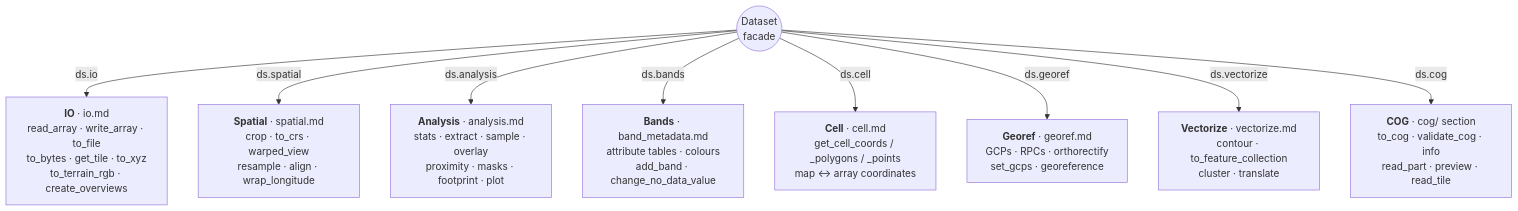
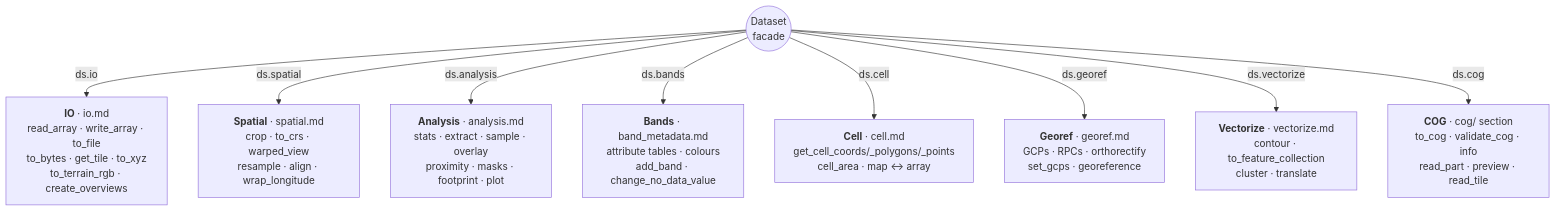
One commit to serapeum-org/pyramids changed the second of 4 diagrams in docs/reference/dataset/index.md. Above: the diagram before and after it, drawn with Mermaid. The commit also changed other lines of this file and 9 other files, not shown here.

````diff
--- a/docs/reference/dataset/index.md
+++ b/docs/reference/dataset/index.md
@@ -25,12 +25,12 @@
 ```mermaid
 flowchart TB
     DS(("Dataset<br/>facade"))
     DS -->|ds.io| IO["<b>IO</b> · io.md<br/>read_array · write_array · to_file<br/>to_bytes · get_tile · to_xyz<br/>to_terrain_rgb · create_overviews"]
     DS -->|ds.spatial| SP["<b>Spatial</b> · spatial.md<br/>crop · to_crs · warped_view<br/>resample · align · wrap_longitude"]
     DS -->|ds.analysis| AN["<b>Analysis</b> · analysis.md<br/>stats · extract · sample · overlay<br/>proximity · masks · footprint · plot"]
     DS -->|ds.bands| BA["<b>Bands</b> · band_metadata.md<br/>attribute tables · colours<br/>add_band · change_no_data_value"]
-    DS -->|ds.cell| CE["<b>Cell</b> · cell.md<br/>get_cell_coords / _polygons / _points<br/>map ↔ array coordinates"]
+    DS -->|ds.cell| CE["<b>Cell</b> · cell.md<br/>get_cell_coords/_polygons/_points<br/>cell_area · map ↔ array"]
     DS -->|ds.georef| GE["<b>Georef</b> · georef.md<br/>GCPs · RPCs · orthorectify<br/>set_gcps · georeference"]
     DS -->|ds.vectorize| VE["<b>Vectorize</b> · vectorize.md<br/>contour · to_feature_collection<br/>cluster · translate"]
     DS -->|ds.cog| CG["<b>COG</b> · cog/ section<br/>to_cog · validate_cog · info<br/>read_part · preview · read_tile"]
 ```
````
